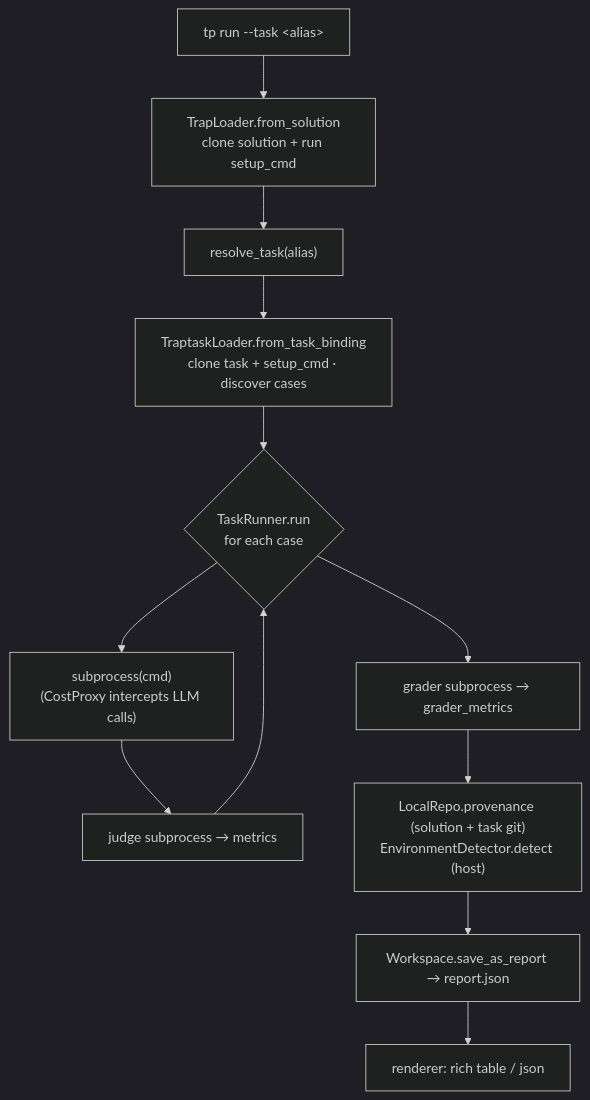
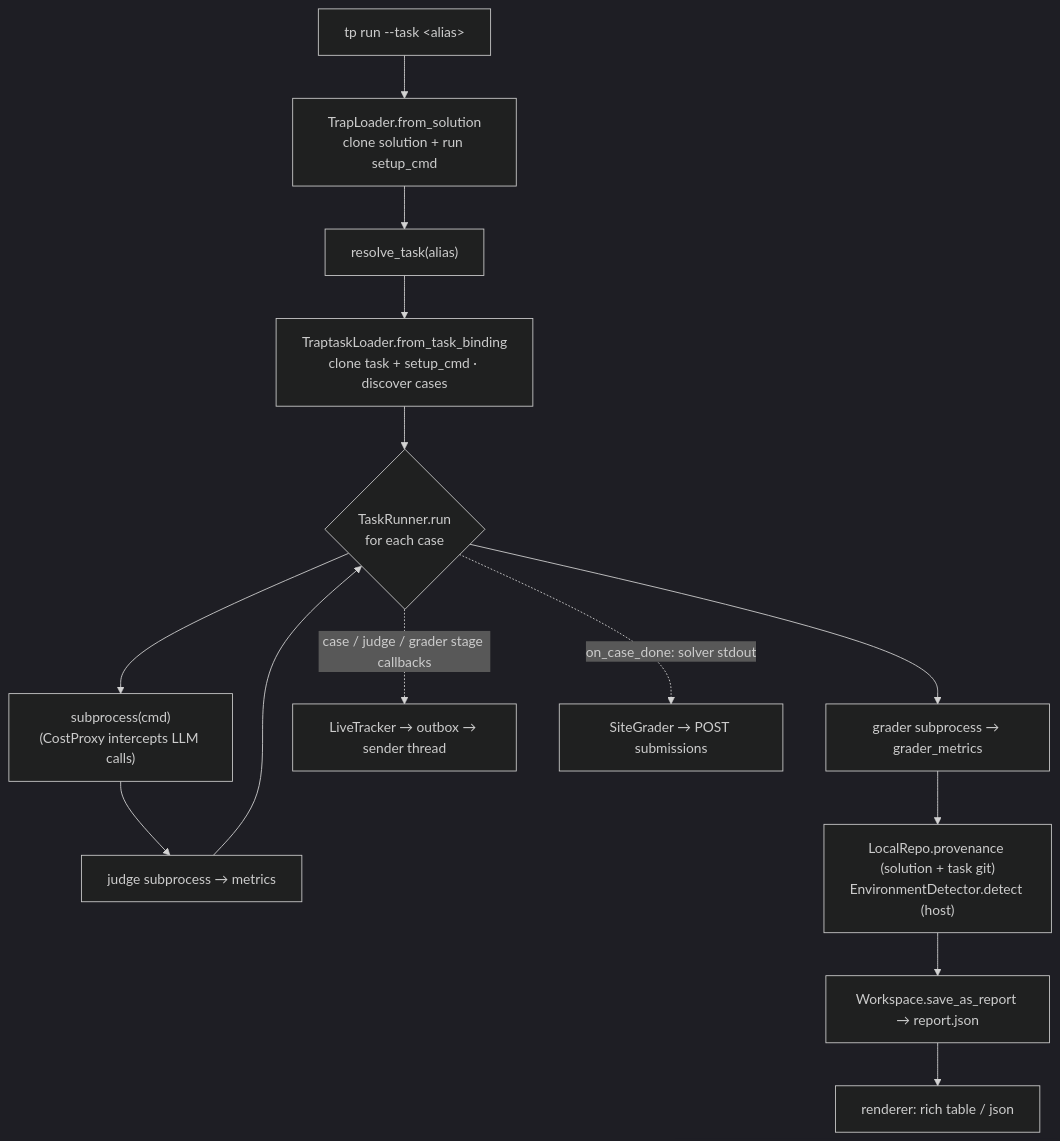
Before and after one commit to trapstreet/trap: the second of 3 diagrams in CODE_MAP.md, drawn with Mermaid (dark theme). The commit also changed other lines of this file and 5 other files, not shown here.

````diff
--- a/CODE_MAP.md
+++ b/CODE_MAP.md
@@ -70,14 +74,16 @@
 ```mermaid
 flowchart TD
     A["tp run --task &lt;alias&gt;"] --> B["TrapLoader.from_solution<br/>clone solution + run setup_cmd"]
     B --> C["resolve_task(alias)"]
     C --> D["TraptaskLoader.from_task_binding<br/>clone task + setup_cmd · discover cases"]
     D --> E{"TaskRunner.run<br/>for each case"}
     E --> F["subprocess(cmd)<br/>(CostProxy intercepts LLM calls)"]
     F --> G["judge subprocess → metrics"]
     G --> E
     E --> H["grader subprocess → grader_metrics"]
     H --> P["LocalRepo.provenance (solution + task git)<br/>EnvironmentDetector.detect (host)"]
     P --> S["Workspace.save_as_report → report.json"]
     S --> R["renderer: rich table / json"]
+    E -. "case / judge / grader stage callbacks" .-> L["LiveTracker → outbox → sender thread"]
+    E -. "on_case_done: solver stdout" .-> SG["SiteGrader → POST submissions"]
 ```
````
